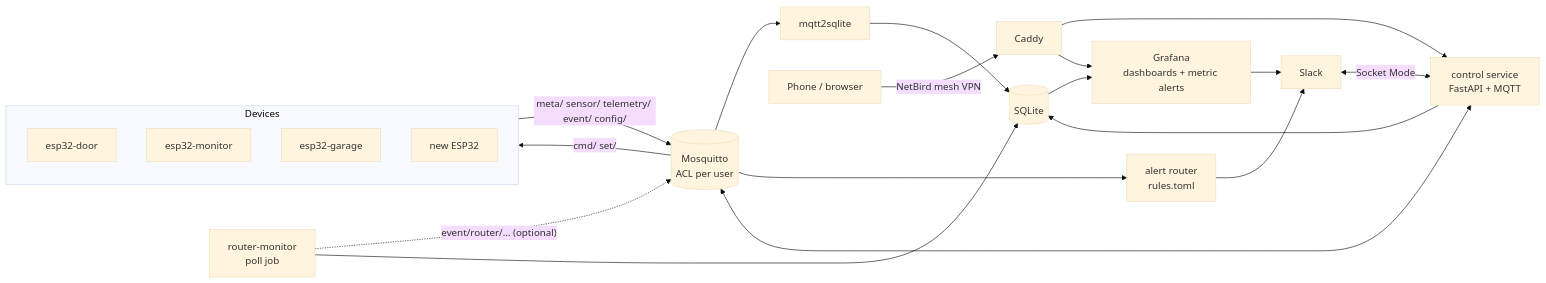
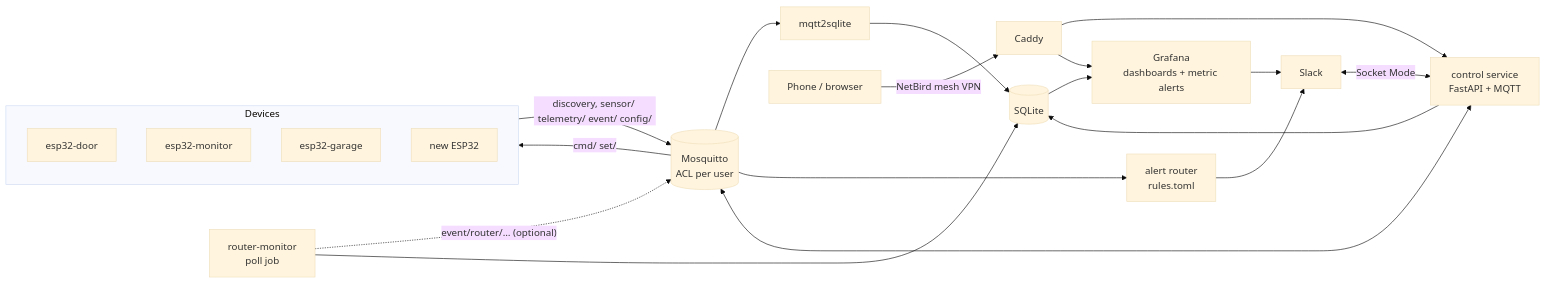
The second of 2 diagrams in docs/architecture.md (dfannin/iot-platform), drawn with Mermaid (base theme) before and after one commit. The commit also changed other lines of this file and 2 other files, not shown here.

First line of the commit message:
Architecture 0.4: review outcomes

````diff
--- a/docs/architecture.md
+++ b/docs/architecture.md
@@ -98,19 +101,19 @@
 ```mermaid
 flowchart LR
   subgraph Devices
     D1[esp32-door] & D2[esp32-monitor] & D3[esp32-garage] & DN[new ESP32]
   end
   RM[router-monitor<br/>poll job]
   B[(Mosquitto<br/>ACL per user)]
-  Devices -- "meta/ sensor/ telemetry/ event/ config/" --> B
+  Devices -- "discovery, sensor/ telemetry/ event/ config/" --> B
   B -- "cmd/ set/" --> Devices
   RM -. "event/router/… (optional)" .-> B
   RM --> DB
   B --> ING[mqtt2sqlite] --> DB[(SQLite)]
   B --> AL[alert router<br/>rules.toml] --> SL[Slack]
   DB --> G[Grafana<br/>dashboards + metric alerts] --> SL
   B <--> CTL[control service<br/>FastAPI + MQTT]
   CTL --> DB
   SL <-- "Socket Mode" --> CTL
   PH[Phone / browser] -- "NetBird mesh VPN" --> PX[Caddy] --> CTL & G
 ```
````
